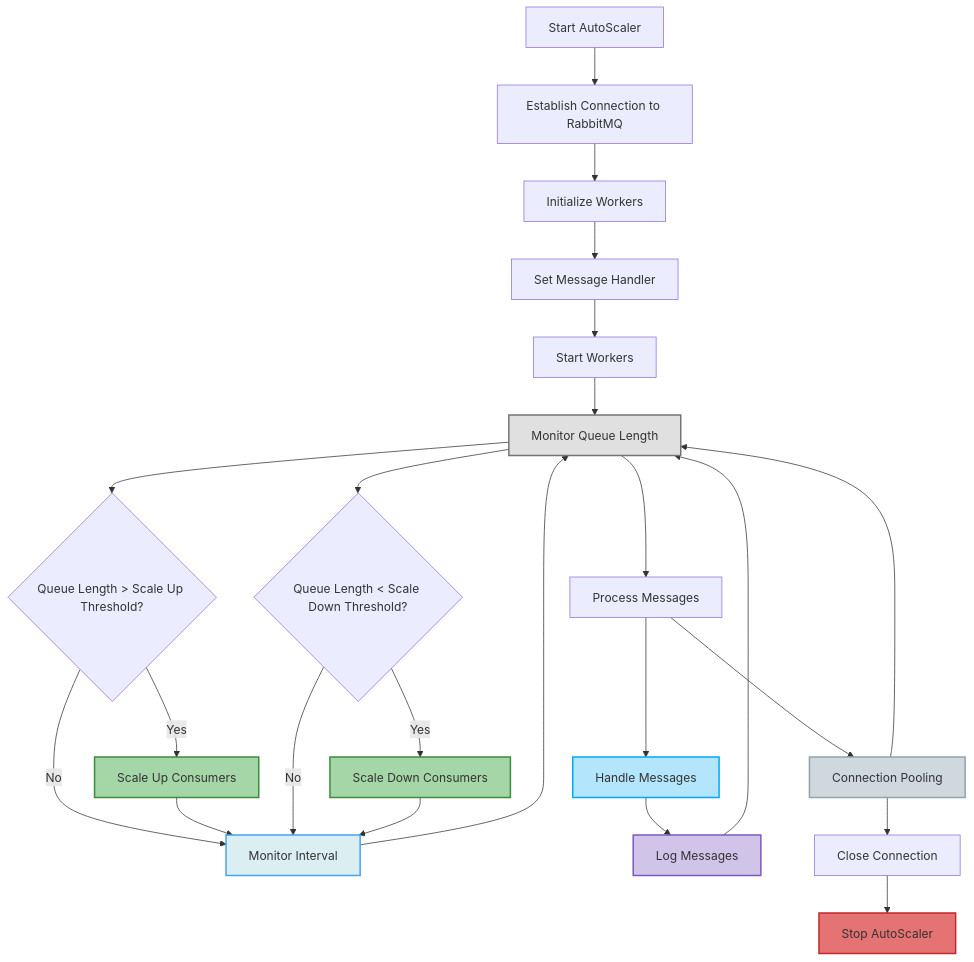
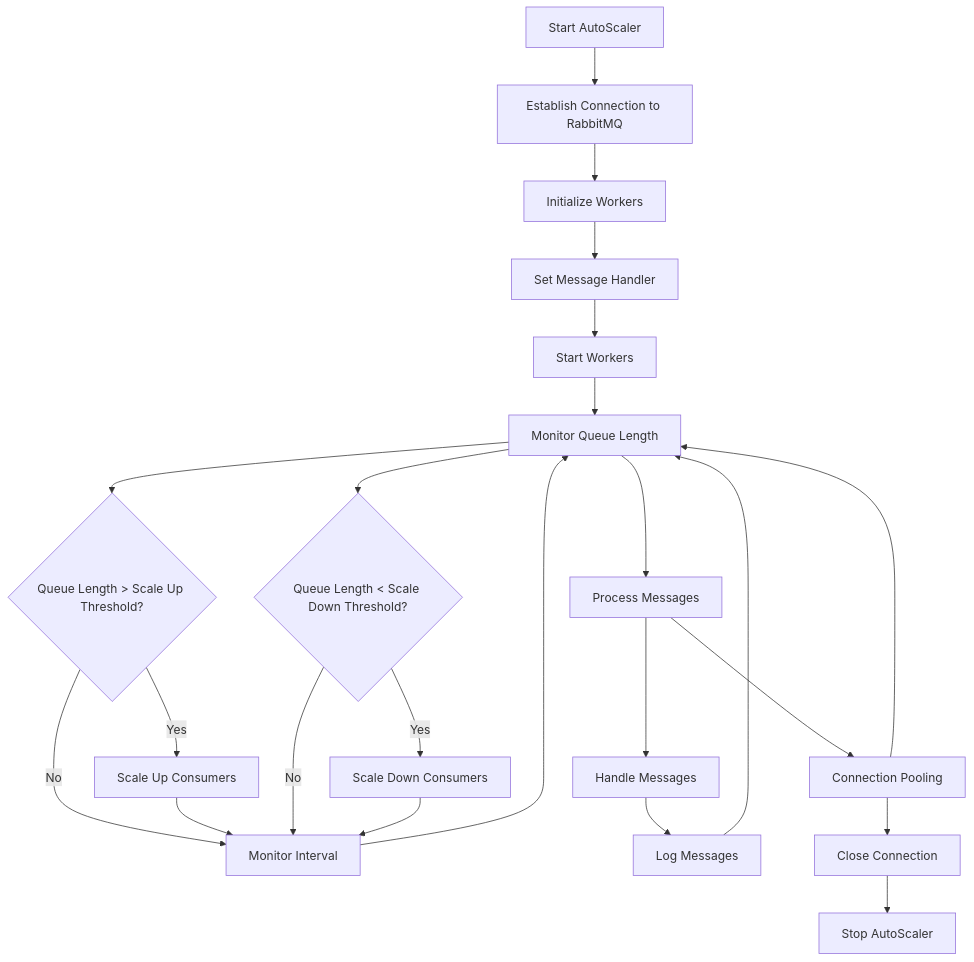
Before and after one commit to Nishantth1/RabbitMQAutoScaler: the diagram in README.md, drawn with Mermaid.

````diff
--- a/README.md
+++ b/README.md
@@ -140,35 +140,26 @@
 ```mermaid
 graph TD
     A[Start AutoScaler] --> B[Establish Connection to RabbitMQ]
     B --> C[Initialize Workers]
     C --> D[Set Message Handler]
     D --> E[Start Workers]
     E --> F[Monitor Queue Length]
     F --> G{Queue Length > Scale Up Threshold?}
     G -- Yes --> H[Scale Up Consumers]
     G -- No --> I[Monitor Interval]
     I --> F
     H --> I
     F --> J{Queue Length < Scale Down Threshold?}
     J -- Yes --> K[Scale Down Consumers]
     J -- No --> I
     K --> I
     F --> L[Process Messages]
     L --> M[Handle Messages]
     M --> N[Log Messages]
     N --> F
     L --> O[Connection Pooling]
     O --> F
     O --> P[Close Connection]
     P --> Q[Stop AutoScaler]
 
- 
-    style F fill:#e0e0e0,stroke:#757575,stroke-width:2px
-    style H fill:#a5d6a7,stroke:#388e3c,stroke-width:2px
-    style I fill:#dbeef2,stroke:#42a5f5,stroke-width:2px
-    style K fill:#a5d6a7,stroke:#388e3c,stroke-width:2px
-    style M fill:#b3e5fc,stroke:#03a9f4,stroke-width:2px
-    style N fill:#d1c4e9,stroke:#7e57c2,stroke-width:2px
-    style O fill:#cfd8dc,stroke:#90a4ae,stroke-width:2px
-    style Q fill:#e57373,stroke:#c62828,stroke-width:2px
 ```
````
